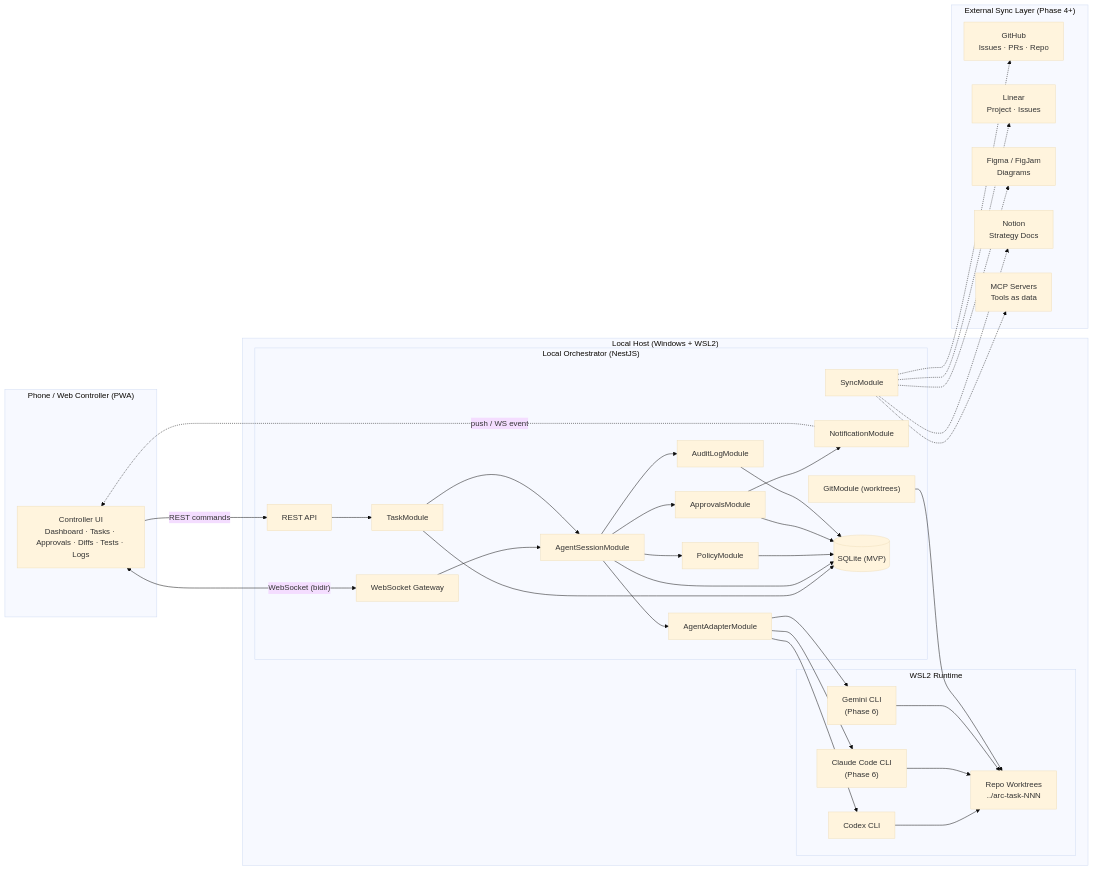
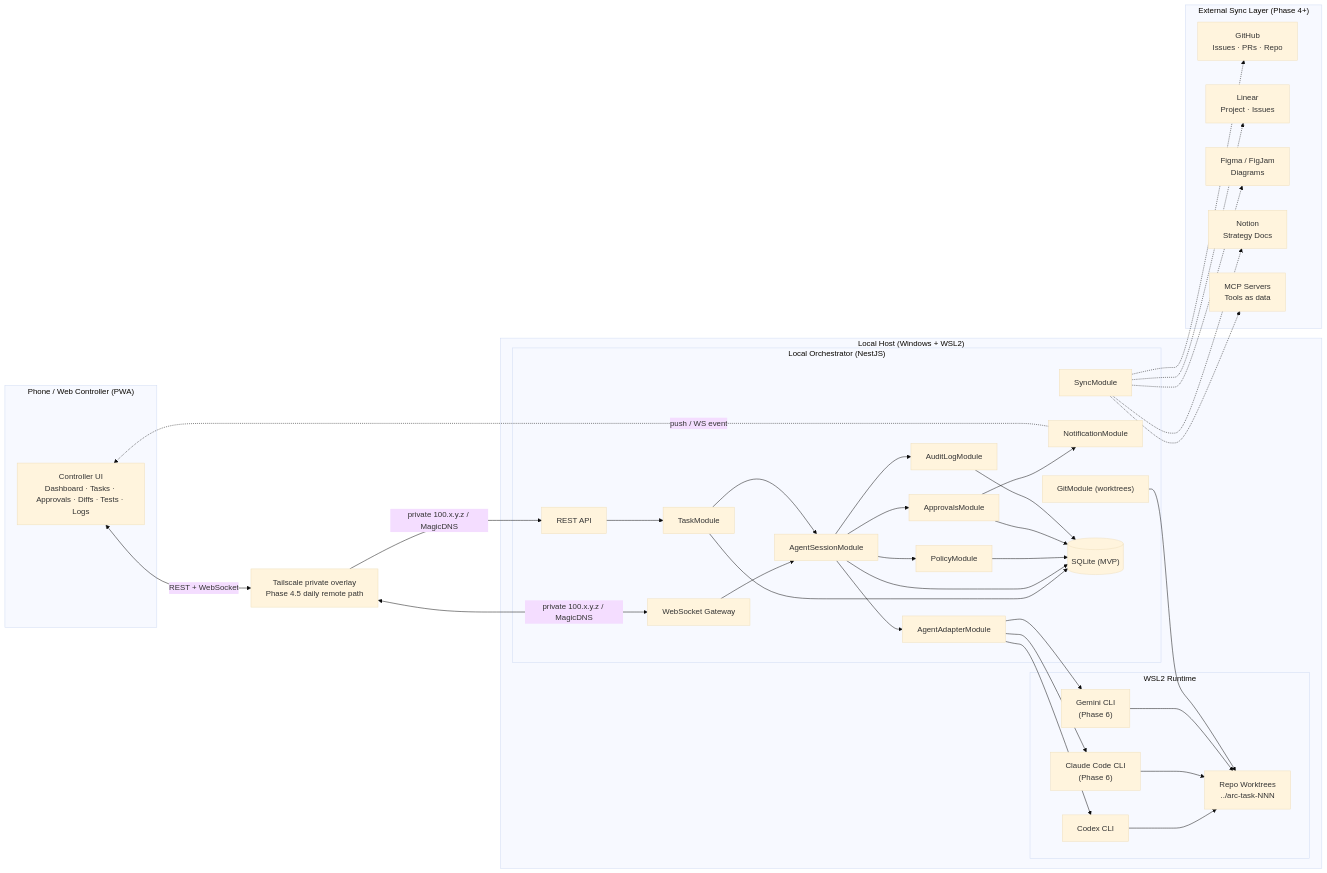
The first of 7 diagrams in docs/diagrams.md (mjshuff23/agents-with-remote-control-mobile-controller), drawn with Mermaid (base theme) before and after one commit. The commit also changed other lines of this file and 25 other files, not shown here.

First line of the commit message:
TSH-111: Document Tailscale remote access baseline (#44)

````diff
--- a/docs/diagrams.md
+++ b/docs/diagrams.md
@@ -9,67 +9,70 @@
 ```mermaid
 flowchart LR
   subgraph Mobile["Phone / Web Controller (PWA)"]
     UI["Controller UI<br/>Dashboard · Tasks · Approvals · Diffs · Tests · Logs"]
   end
+
+  TS["Tailscale private overlay<br/>Phase 4.5 daily remote path"]
 
   subgraph Host["Local Host (Windows + WSL2)"]
     subgraph Orch["Local Orchestrator (NestJS)"]
       API["REST API"]
       WS["WebSocket Gateway"]
       Tasks["TaskModule"]
       Sessions["AgentSessionModule"]
       Adapters["AgentAdapterModule"]
       Git["GitModule (worktrees)"]
       Policy["PolicyModule"]
       Approvals["ApprovalsModule"]
       Notify["NotificationModule"]
       Sync["SyncModule"]
       Audit["AuditLogModule"]
       DB[("SQLite (MVP)")]
     end
 
     subgraph WSL["WSL2 Runtime"]
       Codex["Codex CLI"]
       Claude["Claude Code CLI<br/>(Phase 6)"]
       Gemini["Gemini CLI<br/>(Phase 6)"]
       WT["Repo Worktrees<br/>../arc-task-NNN"]
     end
   end
 
   subgraph External["External Sync Layer (Phase 4+)"]
     GH["GitHub<br/>Issues · PRs · Repo"]
     LN["Linear<br/>Project · Issues"]
     FG["Figma / FigJam<br/>Diagrams"]
     NT["Notion<br/>Strategy Docs"]
     MCP["MCP Servers<br/>Tools as data"]
   end
 
-  UI <-->|"WebSocket (bidir)"| WS
-  UI -->|"REST commands"| API
+  UI <-->|"REST + WebSocket"| TS
+  TS <-->|"private 100.x.y.z / MagicDNS"| WS
+  TS -->|"private 100.x.y.z / MagicDNS"| API
   API --> Tasks
   WS --> Sessions
   Tasks --> Sessions
   Sessions --> Adapters
   Adapters --> Codex
   Adapters --> Claude
   Adapters --> Gemini
   Codex --> WT
   Claude --> WT
   Gemini --> WT
   Git --> WT
   Sessions --> Policy
   Sessions --> Approvals
   Approvals --> Notify
   Notify -.->|"push / WS event"| UI
   Sessions --> Audit
   Tasks --> DB
   Sessions --> DB
   Policy --> DB
   Approvals --> DB
   Audit --> DB
   Sync -.-> GH
   Sync -.-> LN
   Sync -.-> FG
   Sync -.-> NT
   Sync -.-> MCP
 ```
````
